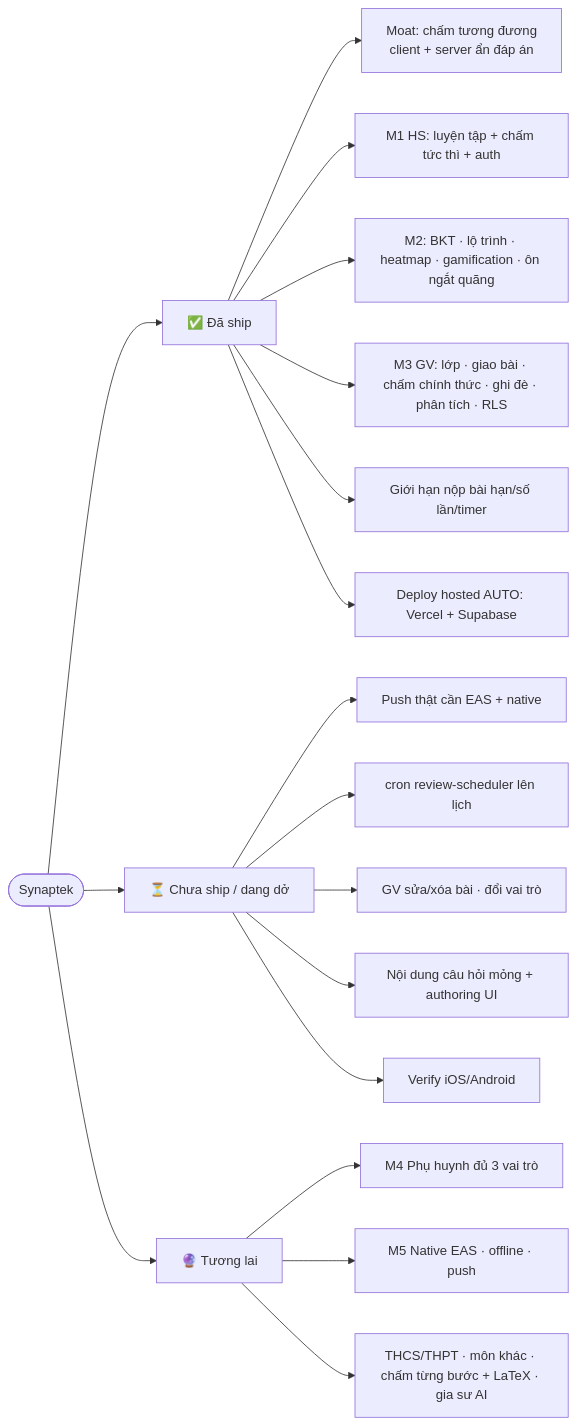
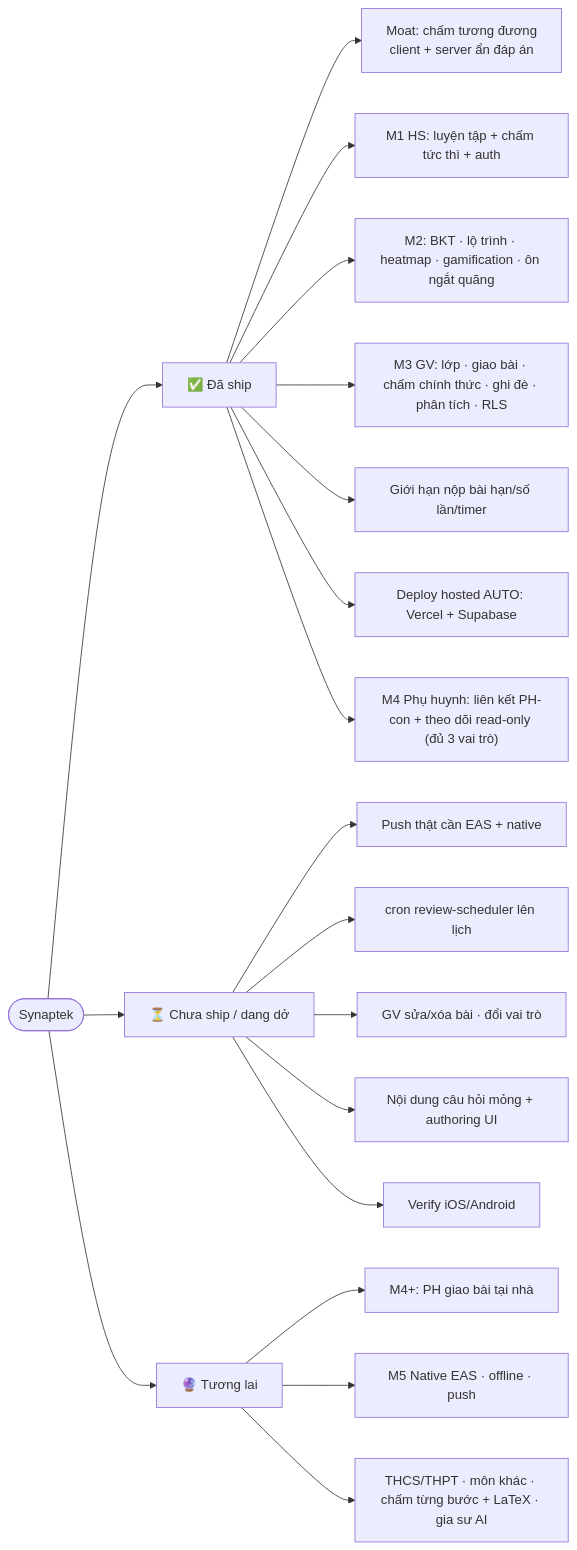
One commit to hoanghainh1188/synaptek changed the second of 2 diagrams in docs/FEATURE-MAP.md. Above: the diagram before and after it, drawn with Mermaid. The commit also changed other lines of this file and 21 other files, not shown here.

First line of the commit message:
feat(m4): Phụ huynh — liên kết PH–con + theo dõi (read-only) (#22)

````diff
--- a/docs/FEATURE-MAP.md
+++ b/docs/FEATURE-MAP.md
@@ -56,24 +57,25 @@
 ```mermaid
 flowchart LR
   S([Synaptek])
   S --> SHIPPED["✅ Đã ship"]
   S --> WIP["⏳ Chưa ship / dang dở"]
   S --> FUTURE["🔮 Tương lai"]
 
   SHIPPED --> A1["Moat: chấm tương đương<br/>client + server ẩn đáp án"]
   SHIPPED --> A2["M1 HS: luyện tập + chấm tức thì + auth"]
   SHIPPED --> A3["M2: BKT · lộ trình · heatmap · gamification · ôn ngắt quãng"]
   SHIPPED --> A4["M3 GV: lớp · giao bài · chấm chính thức · ghi đè · phân tích · RLS"]
   SHIPPED --> A5["Giới hạn nộp bài hạn/số lần/timer"]
   SHIPPED --> A6["Deploy hosted AUTO: Vercel + Supabase"]
 
   WIP --> B1["Push thật cần EAS + native"]
   WIP --> B2["cron review-scheduler lên lịch"]
   WIP --> B3["GV sửa/xóa bài · đổi vai trò"]
   WIP --> B4["Nội dung câu hỏi mỏng + authoring UI"]
   WIP --> B5["Verify iOS/Android"]
 
-  FUTURE --> C1["M4 Phụ huynh đủ 3 vai trò"]
+  SHIPPED --> A7["M4 Phụ huynh: liên kết PH-con + theo dõi read-only (đủ 3 vai trò)"]
+  FUTURE --> C1["M4+: PH giao bài tại nhà"]
   FUTURE --> C2["M5 Native EAS · offline · push"]
   FUTURE --> C3["THCS/THPT · môn khác · chấm từng bước + LaTeX · gia sư AI"]
 ```
````
